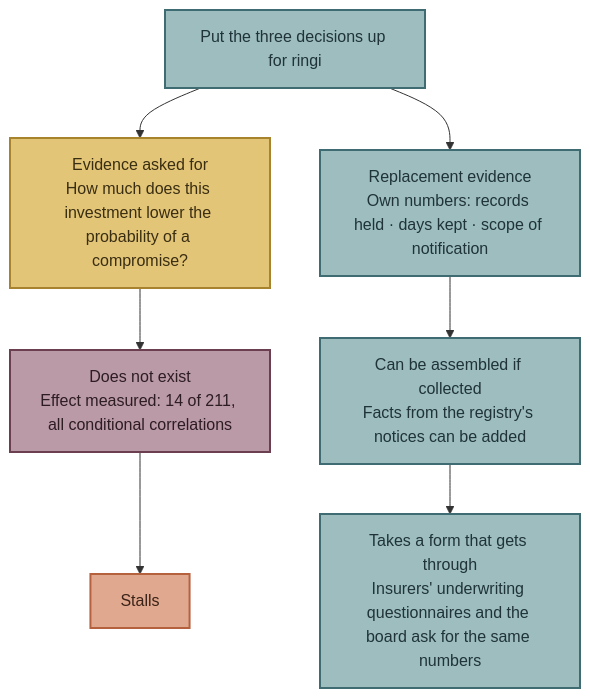
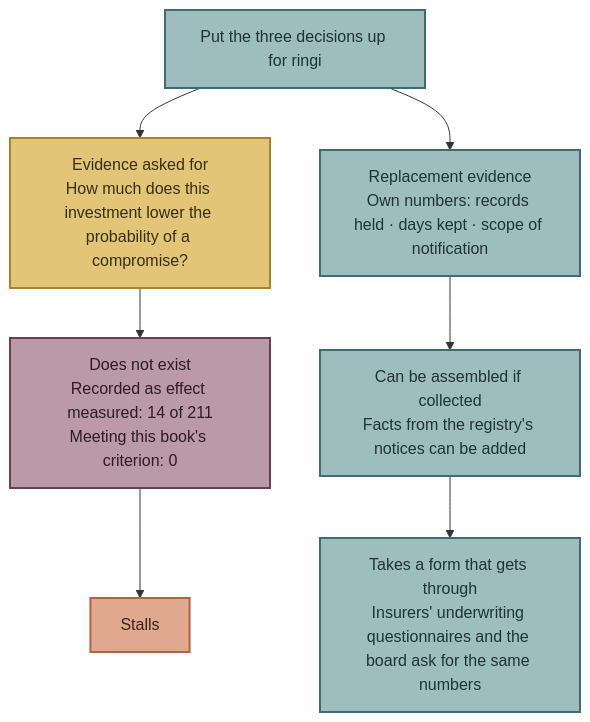
One commit to Leading-AI-IO/enterprise-security-in-the-ai-era changed diagram 15 of 17 in docs/en/enterprise-security-in-the-ai-era_EN.md. Above: the diagram before and after it, drawn with Mermaid. The commit also changed other lines of this file and 6 other files, not shown here.

Commit message:
Correct v1.0 (2026-10-30): effect-measured wording, opening records for 121 rows, as-of panels for chapters 7-12, table of contents

````diff
--- a/docs/en/enterprise-security-in-the-ai-era_EN.md
+++ b/docs/en/enterprise-security-in-the-ai-era_EN.md
@@ -3355,21 +3441,21 @@
 ```mermaid
 flowchart TB
 
     P["Put the three decisions up for ringi"]
     Q1["Evidence asked for<br/>How much does this investment lower the probability of a compromise?"]
-    E1["Does not exist<br/>Effect measured: 14 of 211, all conditional correlations"]
+    E1["Does not exist<br/>Recorded as effect measured: 14 of 211<br/>Meeting this book's criterion: 0"]
     STOP["Stalls"]
     Q2["Replacement evidence<br/>Own numbers: records held · days kept · scope of notification"]
     E2["Can be assembled if collected<br/>Facts from the registry's notices can be added"]
     GO["Takes a form that gets through<br/>Insurers' underwriting questionnaires and the board ask for the same numbers"]
     P --> Q1 --> E1 --> STOP
     P --> Q2 --> E2 --> GO
     classDef teal fill:#9DBDBE,stroke:#3F6B73,stroke-width:2px,color:#1F3338
     classDef terra fill:#E0A98F,stroke:#B5613E,stroke-width:2px,color:#3A2218
     classDef mustard fill:#E3C578,stroke:#A8832E,stroke-width:2px,color:#3A2E12
     classDef plum fill:#B99AA6,stroke:#6B3F4F,stroke-width:2px,color:#2E1C23
     class P,Q2,E2,GO teal
     class Q1 mustard
     class E1 plum
     class STOP terra
 ```
````
